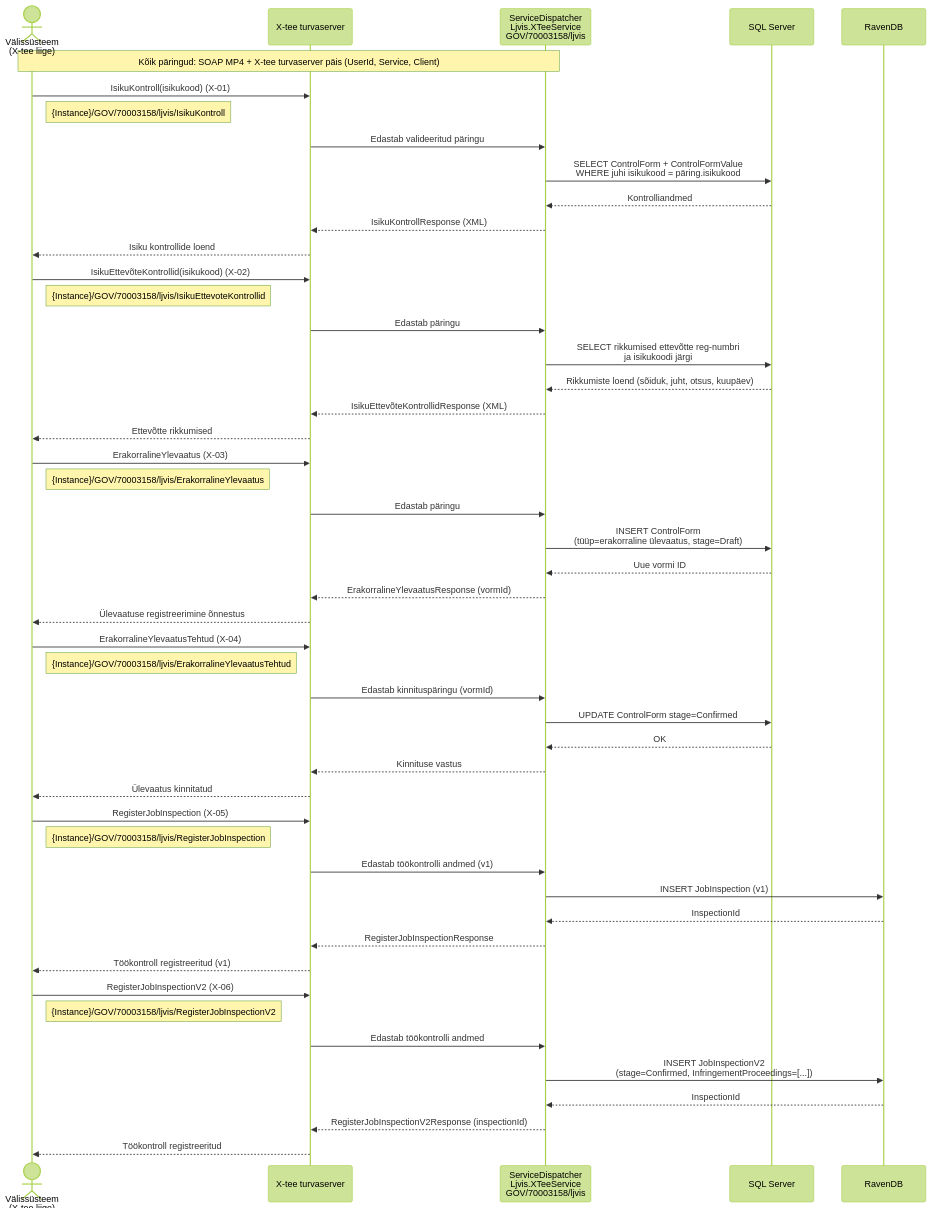
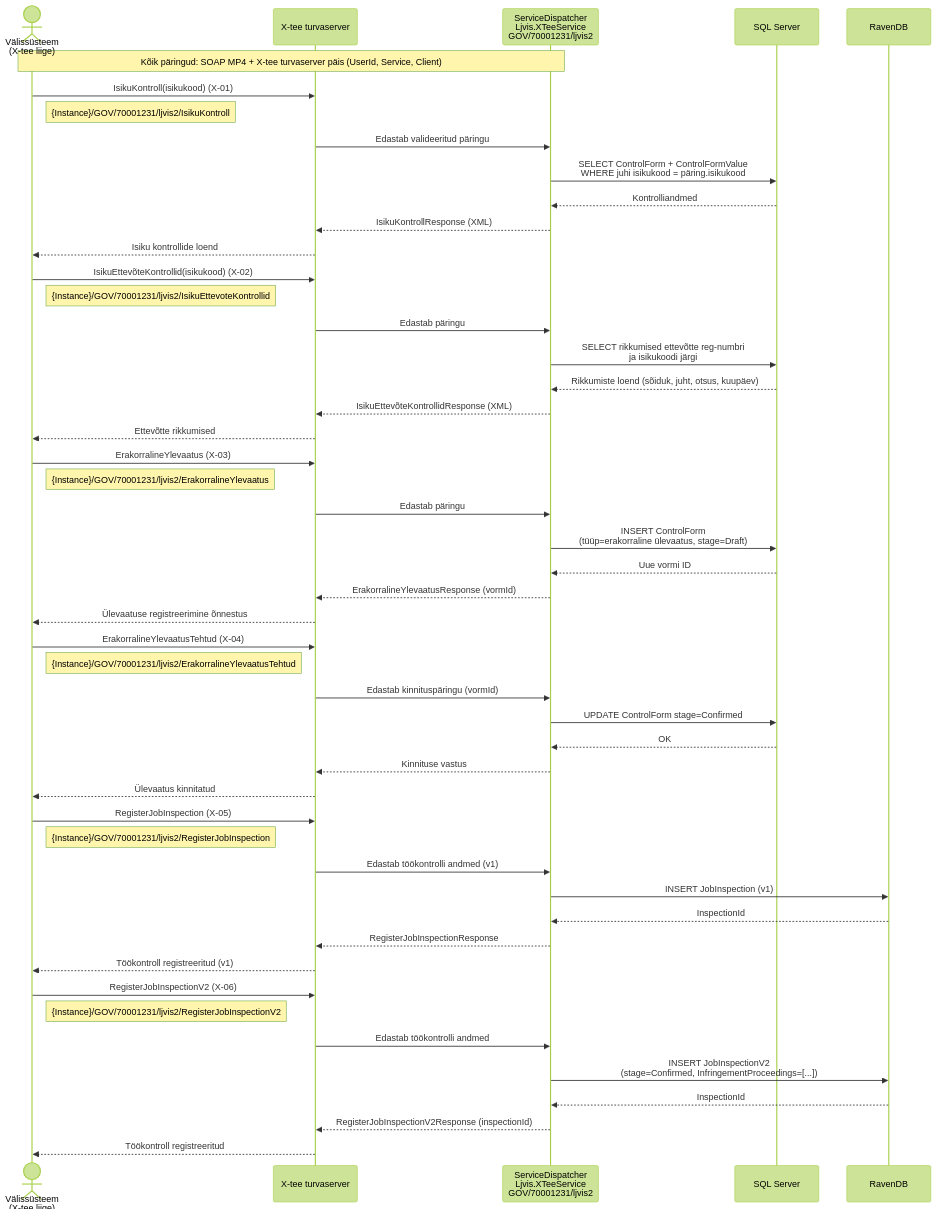
Diagram 18 of 19 in architecture/use-cases.md (kemit-ee/ljvis-2), drawn with Mermaid (forest theme) before and after one commit. The commit also changed other lines of this file and 2 other files, not shown here.

Commit message:
docs(xtee): LJVIS 2 alamsüsteemi nimi (KLIM 70001231/ljvis2) ja RR teenus domesticDataExchange/isikud

````diff
--- a/architecture/use-cases.md
+++ b/architecture/use-cases.md
@@ -881,58 +881,58 @@
 ```mermaid
 sequenceDiagram
     actor Välis as Välissüsteem<br/>(X-tee liige)
     participant XTee as X-tee turvaserver
-    participant Dispatcher as ServiceDispatcher<br/>Ljvis.XTeeService<br/>GOV/70003158/ljvis
+    participant Dispatcher as ServiceDispatcher<br/>Ljvis.XTeeService<br/>GOV/70001231/ljvis2
     participant DB as SQL Server
     participant Raven as RavenDB
 
     Note over Välis,Dispatcher: Kõik päringud: SOAP MP4 + X-tee turvaserver päis (UserId, Service, Client)
 
     Välis->>XTee: IsikuKontroll(isikukood) (X-01)
-    Note right of Välis: {Instance}/GOV/70003158/ljvis/IsikuKontroll
+    Note right of Välis: {Instance}/GOV/70001231/ljvis2/IsikuKontroll
     XTee->>Dispatcher: Edastab valideeritud päringu
     Dispatcher->>DB: SELECT ControlForm + ControlFormValue<br/>WHERE juhi isikukood = päring.isikukood
     DB-->>Dispatcher: Kontrolliandmed
     Dispatcher-->>XTee: IsikuKontrollResponse (XML)
     XTee-->>Välis: Isiku kontrollide loend
 
     Välis->>XTee: IsikuEttevõteKontrollid(isikukood) (X-02)
-    Note right of Välis: {Instance}/GOV/70003158/ljvis/IsikuEttevoteKontrollid
+    Note right of Välis: {Instance}/GOV/70001231/ljvis2/IsikuEttevoteKontrollid
     XTee->>Dispatcher: Edastab päringu
     Dispatcher->>DB: SELECT rikkumised ettevõtte reg-numbri<br/>ja isikukoodi järgi
     DB-->>Dispatcher: Rikkumiste loend (sõiduk, juht, otsus, kuupäev)
     Dispatcher-->>XTee: IsikuEttevõteKontrollidResponse (XML)
     XTee-->>Välis: Ettevõtte rikkumised
 
     Välis->>XTee: ErakorralineYlevaatus (X-03)
-    Note right of Välis: {Instance}/GOV/70003158/ljvis/ErakorralineYlevaatus
+    Note right of Välis: {Instance}/GOV/70001231/ljvis2/ErakorralineYlevaatus
     XTee->>Dispatcher: Edastab päringu
     Dispatcher->>DB: INSERT ControlForm<br/>(tüüp=erakorraline ülevaatus, stage=Draft)
     DB-->>Dispatcher: Uue vormi ID
     Dispatcher-->>XTee: ErakorralineYlevaatusResponse (vormId)
     XTee-->>Välis: Ülevaatuse registreerimine õnnestus
 
     Välis->>XTee: ErakorralineYlevaatusTehtud (X-04)
-    Note right of Välis: {Instance}/GOV/70003158/ljvis/ErakorralineYlevaatusTehtud
+    Note right of Välis: {Instance}/GOV/70001231/ljvis2/ErakorralineYlevaatusTehtud
     XTee->>Dispatcher: Edastab kinnituspäringu (vormId)
     Dispatcher->>DB: UPDATE ControlForm stage=Confirmed
     DB-->>Dispatcher: OK
     Dispatcher-->>XTee: Kinnituse vastus
     XTee-->>Välis: Ülevaatus kinnitatud
 
     Välis->>XTee: RegisterJobInspection (X-05)
-    Note right of Välis: {Instance}/GOV/70003158/ljvis/RegisterJobInspection
+    Note right of Välis: {Instance}/GOV/70001231/ljvis2/RegisterJobInspection
     XTee->>Dispatcher: Edastab töökontrolli andmed (v1)
     Dispatcher->>Raven: INSERT JobInspection (v1)
     Raven-->>Dispatcher: InspectionId
     Dispatcher-->>XTee: RegisterJobInspectionResponse
     XTee-->>Välis: Töökontroll registreeritud (v1)
 
     Välis->>XTee: RegisterJobInspectionV2 (X-06)
-    Note right of Välis: {Instance}/GOV/70003158/ljvis/RegisterJobInspectionV2
+    Note right of Välis: {Instance}/GOV/70001231/ljvis2/RegisterJobInspectionV2
     XTee->>Dispatcher: Edastab töökontrolli andmed
     Dispatcher->>Raven: INSERT JobInspectionV2<br/>(stage=Confirmed, InfringementProceedings=[...])
     Raven-->>Dispatcher: InspectionId
     Dispatcher-->>XTee: RegisterJobInspectionV2Response (inspectionId)
     XTee-->>Välis: Töökontroll registreeritud
 ```
````
